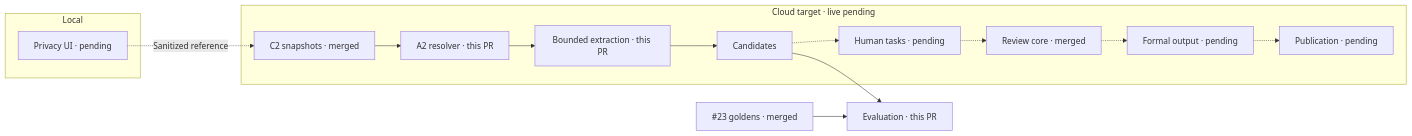
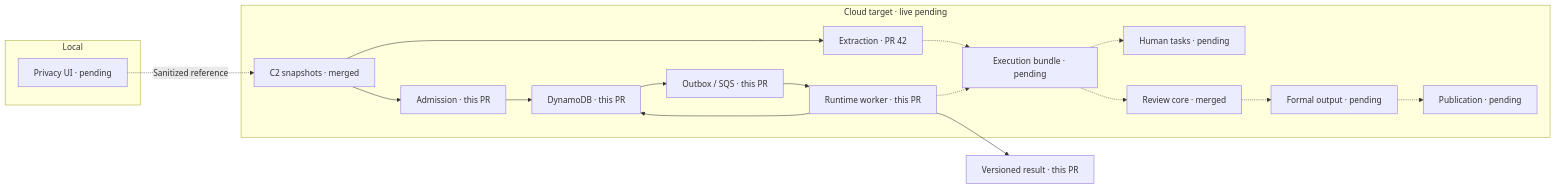
The first of 3 diagrams in docs/architecture.md (chengruchou/newtaipei-appraisal-review-ai), drawn with Mermaid before and after one commit. The commit also changed other lines of this file and 29 other files, not shown here.

Commit message:
feat: add fenced Runtime execution and deployment packaging

````diff
--- a/docs/architecture.md
+++ b/docs/architecture.md
@@ -5,18 +5,22 @@
 ```mermaid
 flowchart LR
   subgraph Local
     P["Privacy UI · pending"]
   end
-  subgraph CloudTarget["Cloud target · live pending"]
-    D["C2 snapshots · merged"] --> R["A2 resolver · this PR"]
-    R --> M["Bounded extraction · this PR"]
-    M --> C["Candidates"]
-    C -.-> H["Human tasks · pending"]
-    H -.-> V["Review core · merged"]
+  subgraph Cloud["Cloud target · live pending"]
+    D["C2 snapshots · merged"] --> E["Extraction · PR 42"]
+    D --> J["Admission · this PR"]
+    J --> DB["DynamoDB · this PR"]
+    DB --> Q["Outbox / SQS · this PR"]
+    Q --> R["Runtime worker · this PR"]
+    R --> DB
+    R -.-> B["Execution bundle · pending"]
+    E -.-> B
+    B -.-> H["Human tasks · pending"]
+    B -.-> V["Review core · merged"]
     V -.-> W["Formal output · pending"]
     W -.-> A["Publication · pending"]
   end
   P -.->|Sanitized reference| D
-  C --> E["Evaluation · this PR"]
-  G["#23 goldens · merged"] --> E
+  R --> S["Versioned result · this PR"]
 ```
````
